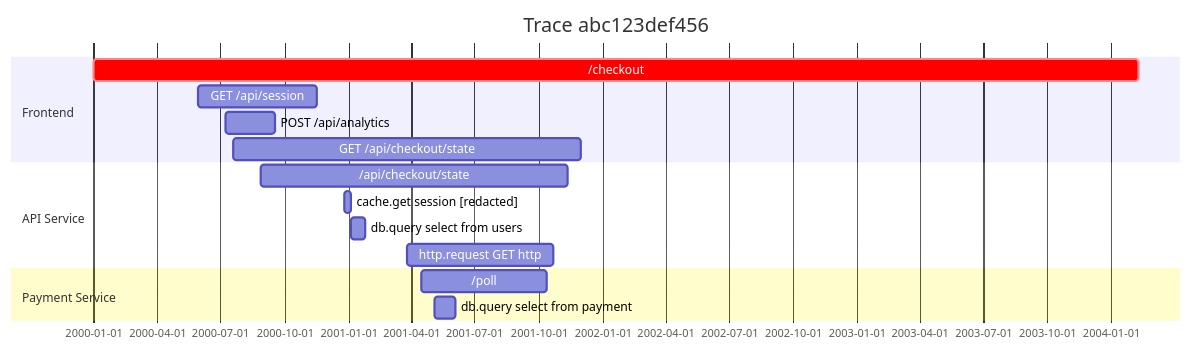
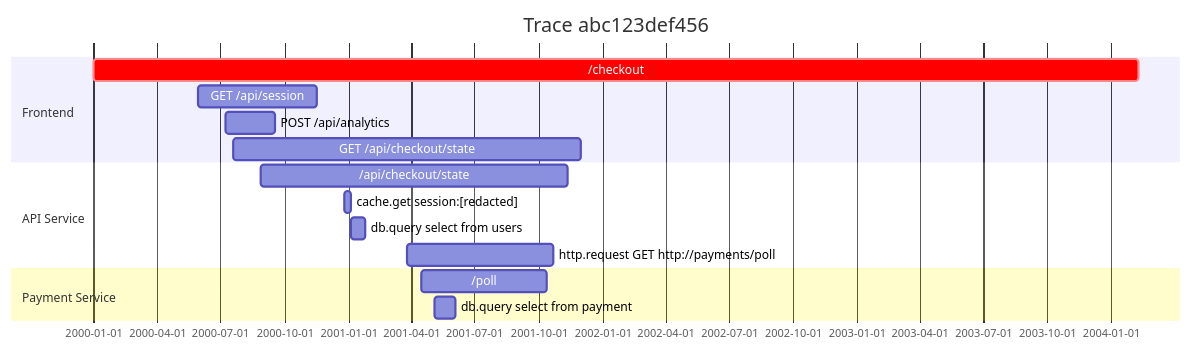
One commit to mheap/trace2mermaid changed the diagram in README.md. Above: the diagram before and after it, drawn with Mermaid. The commit also changed 2 other files, not shown here.

Commit message:
fix: Updated the mermaid escape function to support more delimiters (#2)

````diff
--- a/README.md
+++ b/README.md
@@ -100,21 +100,21 @@
 ```mermaid
 gantt
     title Trace abc123def456
     dateFormat YYYY-MM-DD
 
     section Frontend
     /checkout                                     :crit, 2000-01-01, 1500d
     GET /api/session                              :2000-05-30, 170d
     POST /api/analytics                           :2000-07-09, 70d
     GET /api/checkout/state                       :2000-07-19, 500d
 
     section API Service
     /api/checkout/state                           :2000-08-28, 440d
-    cache.get session [redacted]                  :2000-12-26, 10d
+    cache.get session#58;#91;redacted#93;         :2000-12-26, 10d
     db.query select from users                    :2001-01-05, 20d
-    http.request GET http://payments/poll         :2001-03-26, 210d
+    http.request GET http#58;//payments/poll      :2001-03-26, 210d
 
     section Payment Service
     /poll                                         :2001-04-15, 180d
     db.query select from payment                  :2001-05-05, 30d
 ```
````
